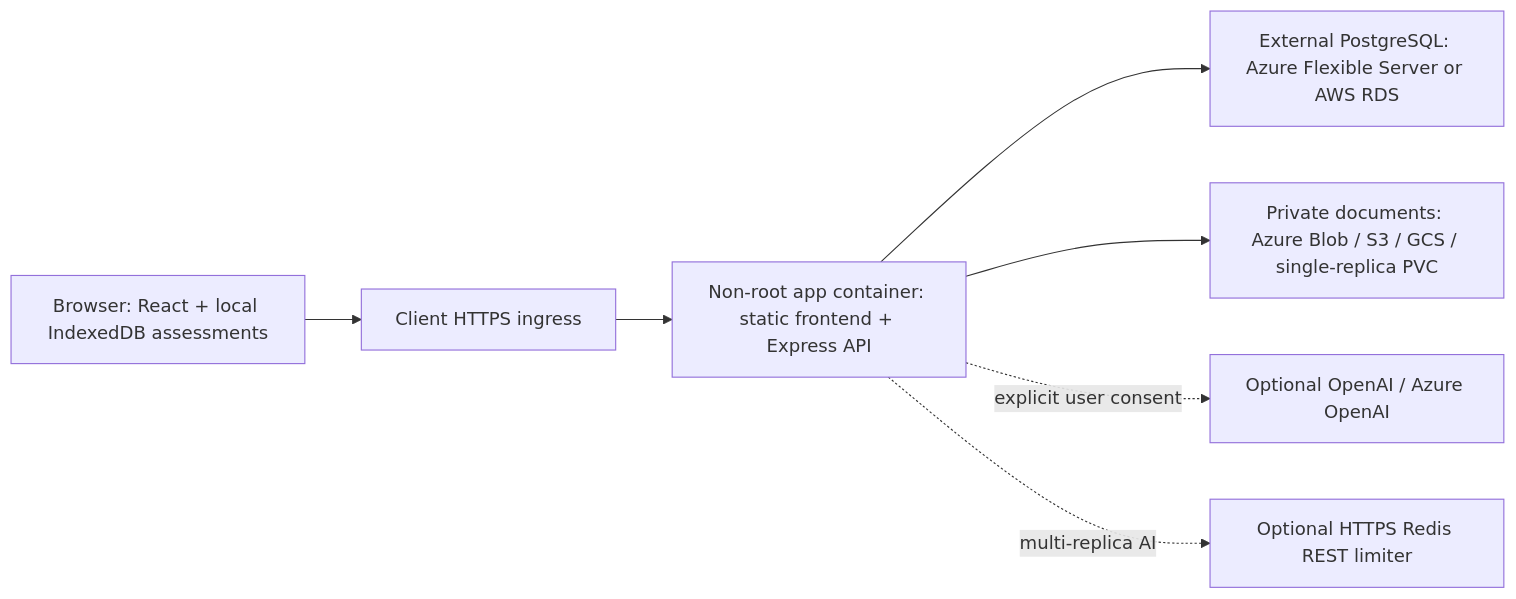
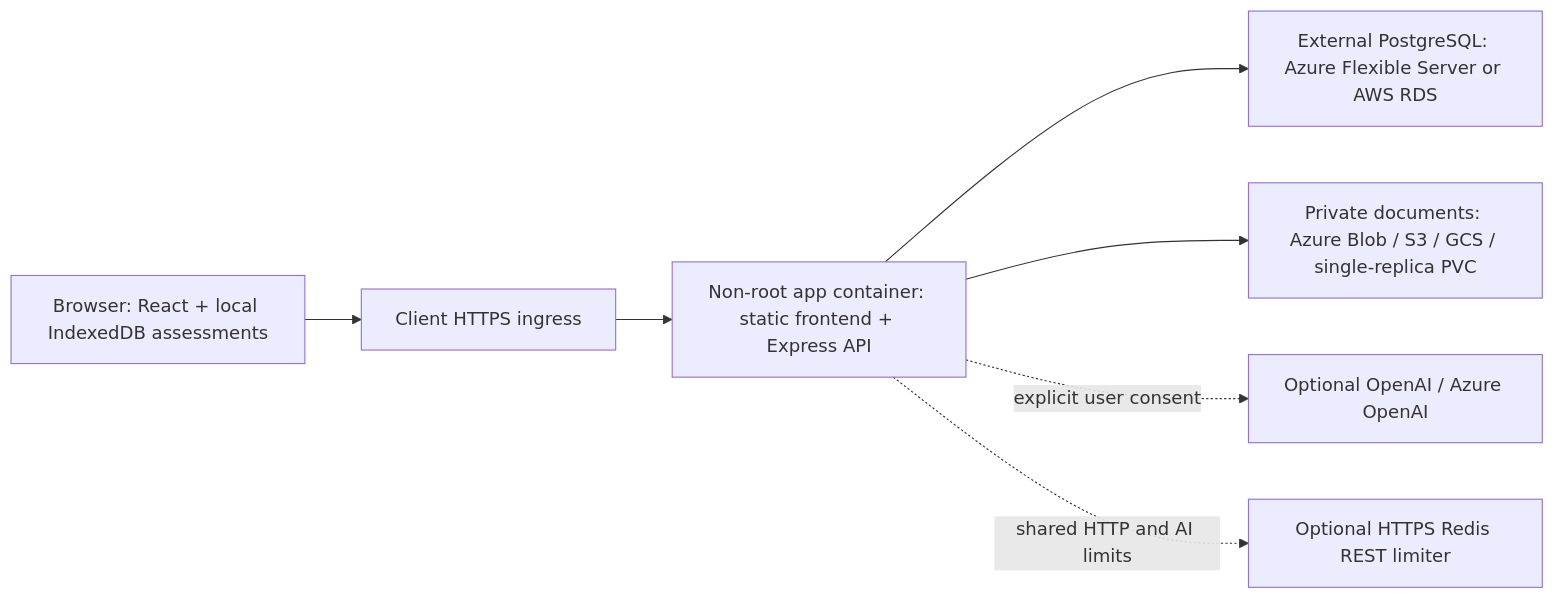
Before and after one commit to sameervn/clean-core-assessment: the diagram in deploy/DEPLOYMENT.md, drawn with Mermaid. The commit also changed other lines of this file and 154 other files, not shown here.

````diff
--- a/deploy/DEPLOYMENT.md
+++ b/deploy/DEPLOYMENT.md
@@ -9,15 +9,15 @@
 ```mermaid
 flowchart LR
   Browser["Browser: React + local IndexedDB assessments"]
   Ingress["Client HTTPS ingress"]
   App["Non-root app container: static frontend + Express API"]
   DB["External PostgreSQL: Azure Flexible Server or AWS RDS"]
   Files["Private documents: Azure Blob / S3 / GCS / single-replica PVC"]
   AI["Optional OpenAI / Azure OpenAI"]
   Limit["Optional HTTPS Redis REST limiter"]
   Browser --> Ingress --> App
   App --> DB
   App --> Files
   App -. explicit user consent .-> AI
-  App -. multi-replica AI .-> Limit
+  App -. shared HTTP and AI limits .-> Limit
 ```
````
